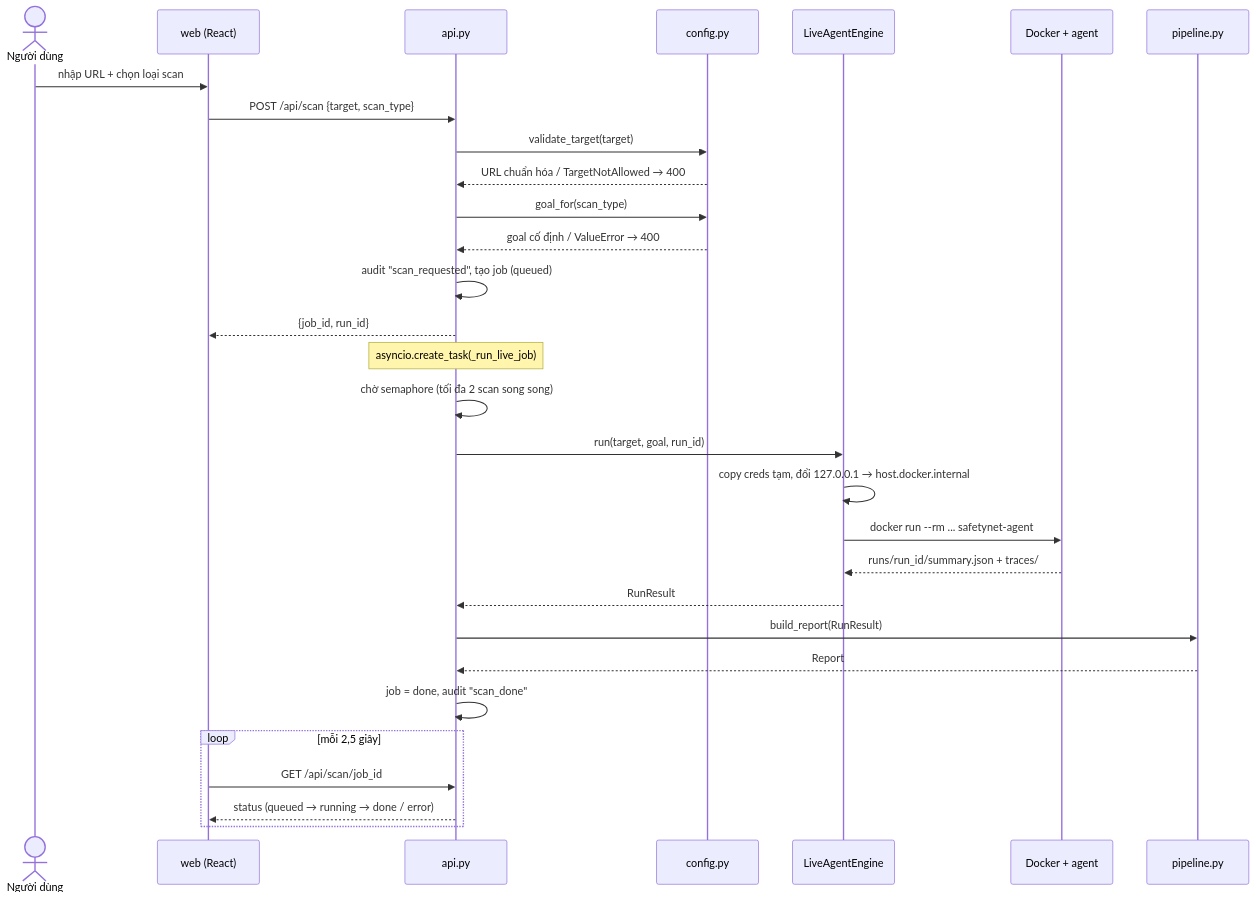
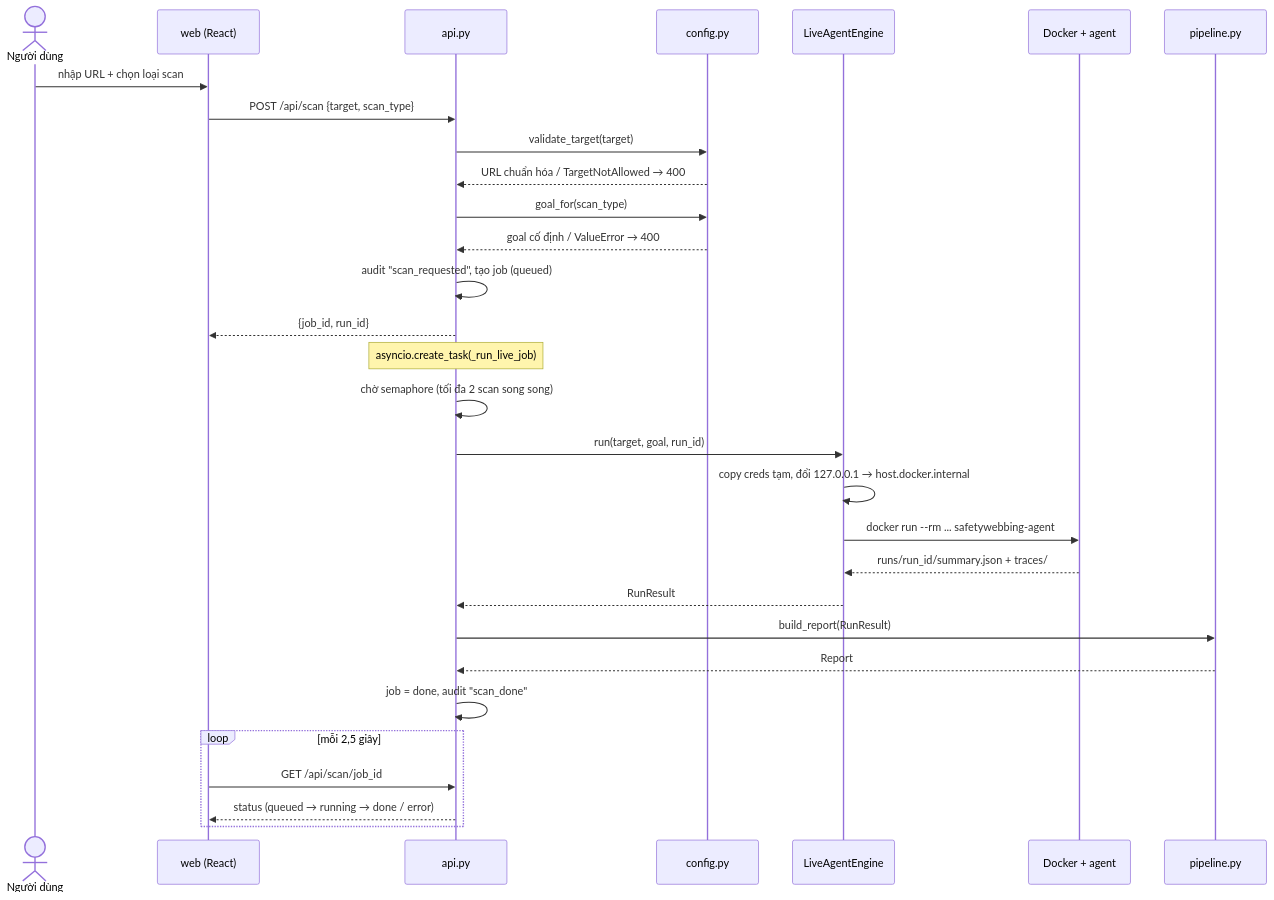
The third of 5 diagrams in CODEMAP.md (doodoocantread/SafetyNet), drawn with Mermaid before and after one commit. The commit also changed other lines of this file and 62 other files, not shown here.

````diff
--- a/CODEMAP.md
+++ b/CODEMAP.md
@@ -163,33 +163,33 @@
 ```mermaid
 sequenceDiagram
     actor U as Người dùng
     participant W as web (React)
     participant A as api.py
     participant C as config.py
     participant L as LiveAgentEngine
     participant D as Docker + agent
     participant P as pipeline.py
 
     U->>W: nhập URL + chọn loại scan
     W->>A: POST /api/scan {target, scan_type}
     A->>C: validate_target(target)
     C-->>A: URL chuẩn hóa / TargetNotAllowed → 400
     A->>C: goal_for(scan_type)
     C-->>A: goal cố định / ValueError → 400
     A->>A: audit "scan_requested", tạo job (queued)
     A-->>W: {job_id, run_id}
     Note over A: asyncio.create_task(_run_live_job)
     A->>A: chờ semaphore (tối đa 2 scan song song)
     A->>L: run(target, goal, run_id)
     L->>L: copy creds tạm, đổi 127.0.0.1 → host.docker.internal
-    L->>D: docker run --rm ... safetynet-agent
+    L->>D: docker run --rm ... safetywebbing-agent
     D-->>L: runs/run_id/summary.json + traces/
     L-->>A: RunResult
     A->>P: build_report(RunResult)
     P-->>A: Report
     A->>A: job = done, audit "scan_done"
     loop mỗi 2,5 giây
         W->>A: GET /api/scan/job_id
         A-->>W: status (queued → running → done / error)
     end
 ```
````
